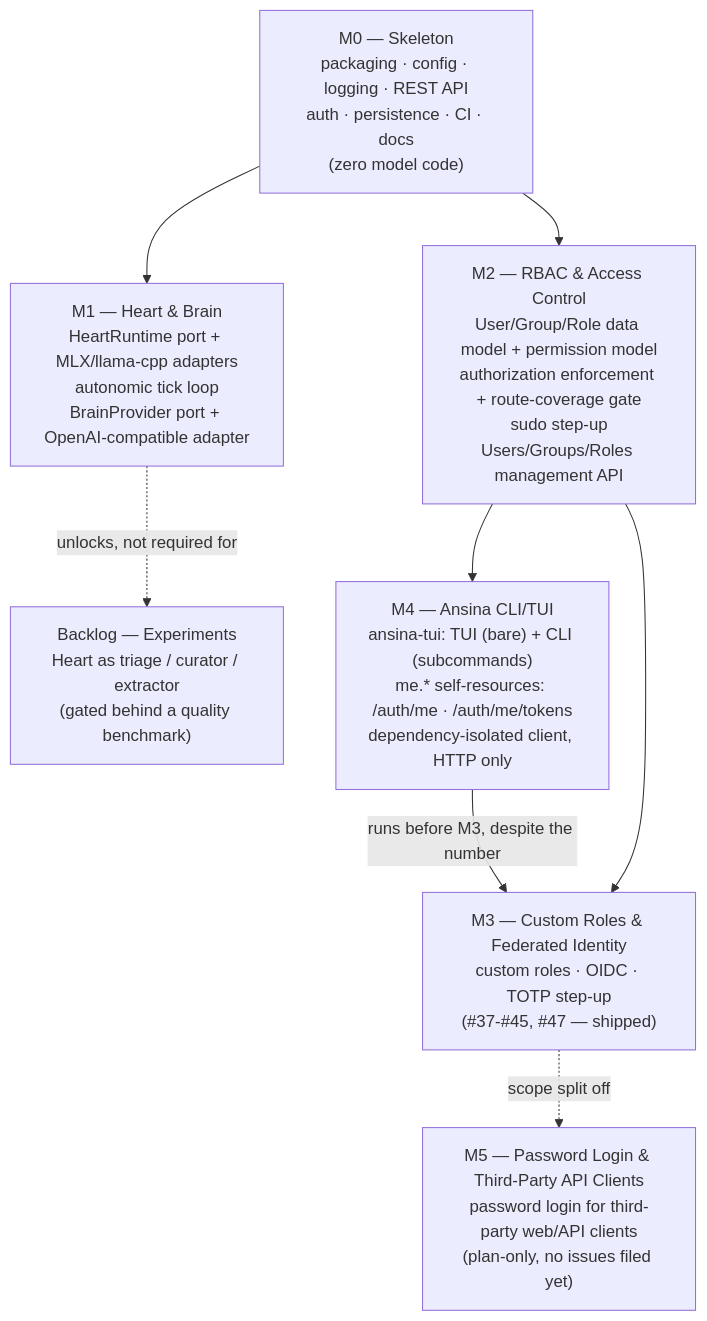
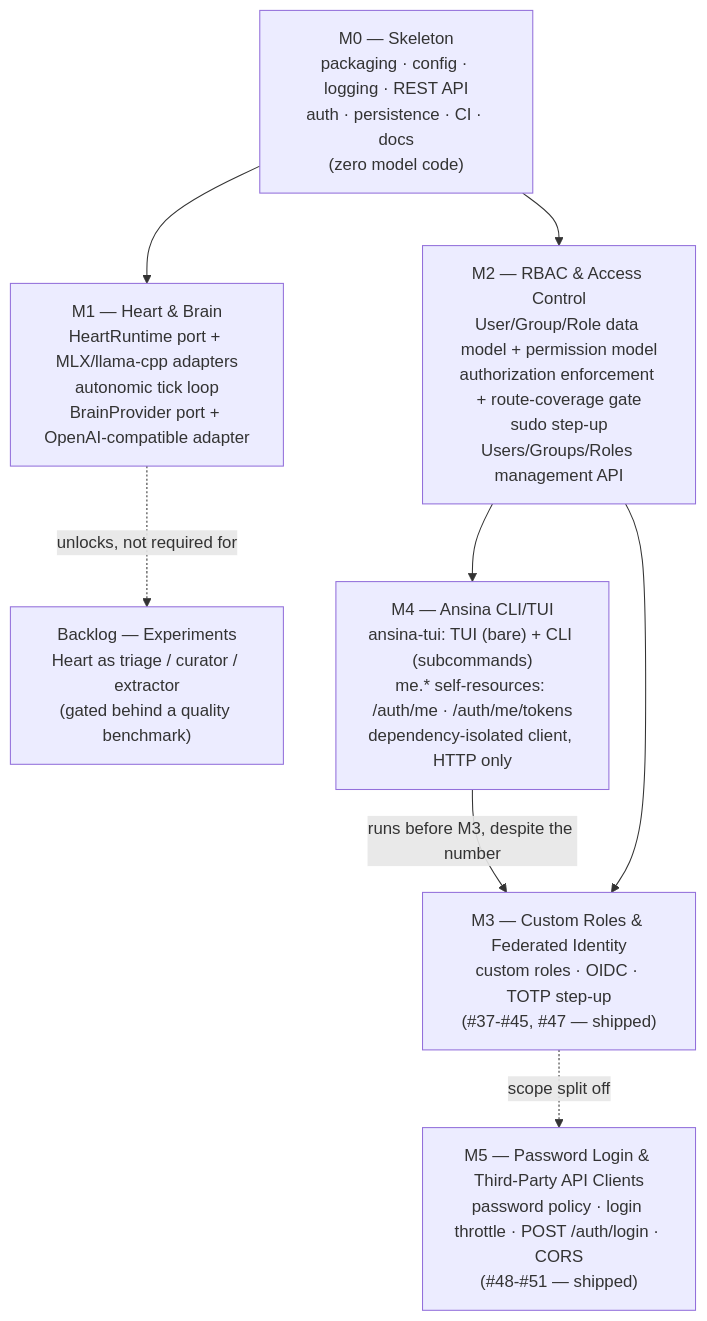
One commit to giacchetta/ansina changed the second of 2 diagrams in docs/architecture/blueprint.md. Above: the diagram before and after it, drawn with Mermaid. The commit also changed other lines of this file and 35 other files, not shown here.

First line of the commit message:
Ansina — Password Login & Third-Party API Clients (#52)

````diff
--- a/docs/architecture/blueprint.md
+++ b/docs/architecture/blueprint.md
@@ -190,17 +190,17 @@
 ```mermaid
 flowchart TD
     M0["M0 — Skeleton\npackaging · config · logging · REST API\nauth · persistence · CI · docs\n(zero model code)"]
     M1["M1 — Heart & Brain\nHeartRuntime port + MLX/llama-cpp adapters\nautonomic tick loop\nBrainProvider port + OpenAI-compatible adapter"]
     M2["M2 — RBAC & Access Control\nUser/Group/Role data model + permission model\nauthorization enforcement + route-coverage gate\nsudo step-up\nUsers/Groups/Roles management API"]
     M4["M4 — Ansina CLI/TUI\nansina-tui: TUI (bare) + CLI (subcommands)\nme.* self-resources: /auth/me · /auth/me/tokens\ndependency-isolated client, HTTP only"]
     M3["M3 — Custom Roles & Federated Identity\ncustom roles · OIDC · TOTP step-up\n(#37-#45, #47 — shipped)"]
-    M5["M5 — Password Login & Third-Party API Clients\npassword login for third-party web/API clients\n(plan-only, no issues filed yet)"]
+    M5["M5 — Password Login & Third-Party API Clients\npassword policy · login throttle · POST /auth/login · CORS\n(#48-#51 — shipped)"]
     BL["Backlog — Experiments\nHeart as triage / curator / extractor\n(gated behind a quality benchmark)"]
     M0 --> M1
     M0 --> M2
     M2 --> M4
     M4 -->|"runs before M3, despite the number"| M3
     M2 --> M3
     M3 -.scope split off.-> M5
     M1 -.unlocks, not required for.-> BL
 ```
````
